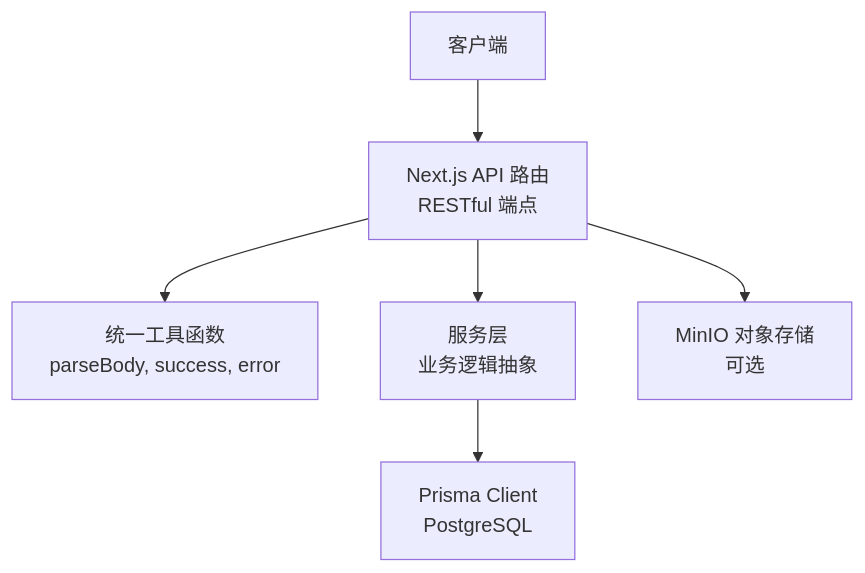
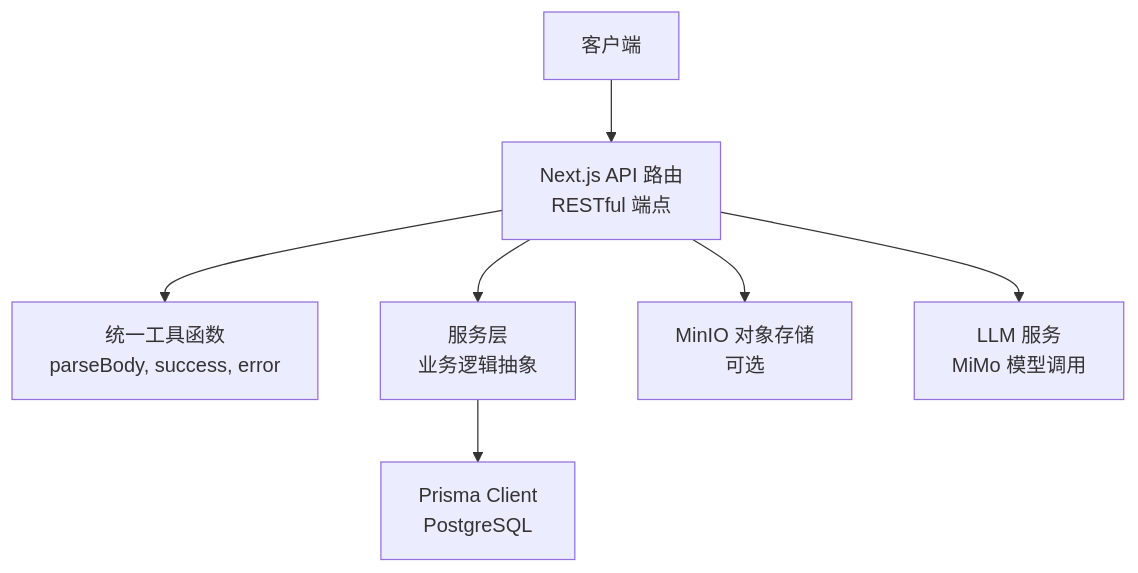
Before and after one commit to ai-guru-global/agent-up: the first of 4 diagrams in .qoder/repowiki/zh/content/API 接口文档.md, drawn with Mermaid. The commit also changed other lines of this file and 32 other files, not shown here.

````diff
--- a/.qoder/repowiki/zh/content/API 接口文档.md
+++ b/.qoder/repowiki/zh/content/API 接口文档.md
@@ -64,8 +69,9 @@
 ```mermaid
 graph TB
 Client["客户端"] --> API["Next.js API 路由<br/>RESTful 端点"]
 API --> Utils["统一工具函数<br/>parseBody, success, error"]
 API --> Services["服务层<br/>业务逻辑抽象"]
 Services --> DB["Prisma Client<br/>PostgreSQL"]
 API --> Storage["MinIO 对象存储<br/>可选"]
+API --> LLM["LLM 服务<br/>MiMo 模型调用"]
 ```
````
